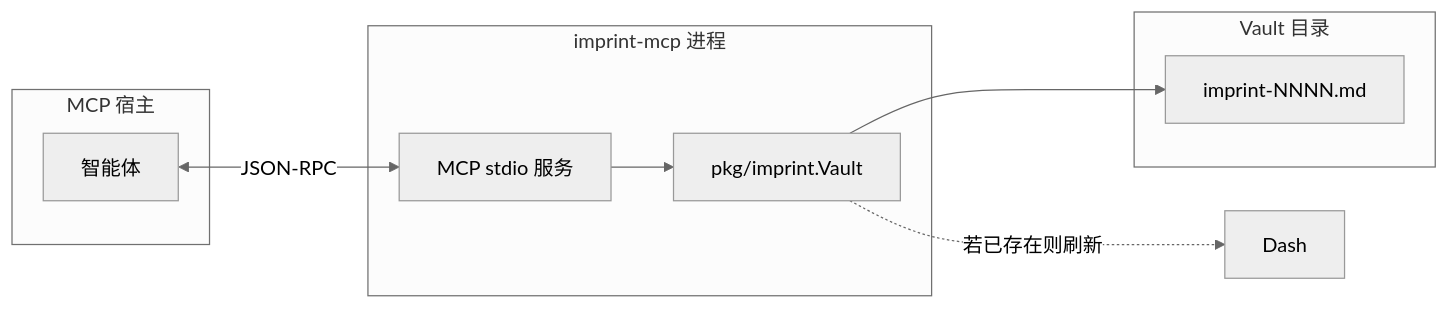
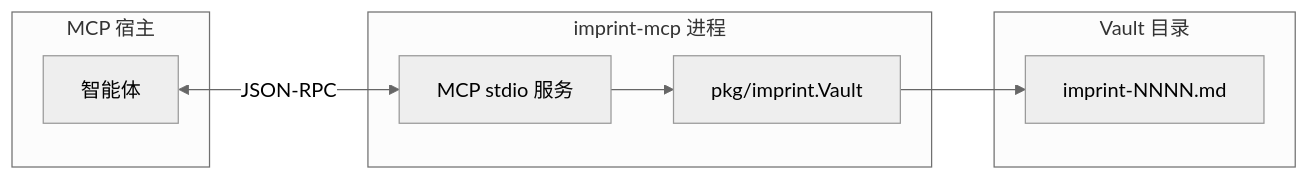
Before and after one commit to SteamedBread2333/imprint: the diagram in docs/mcp.zh.md, drawn with Mermaid (neutral theme). The commit also changed other lines of this file and 24 other files, not shown here.

````diff
--- a/docs/mcp.zh.md
+++ b/docs/mcp.zh.md
@@ -10,17 +10,16 @@
 ```mermaid
 flowchart LR
   subgraph host [MCP 宿主]
     Agent[智能体]
   end
   subgraph proc [imprint-mcp 进程]
     MCP[MCP stdio 服务]
     Vault[pkg/imprint.Vault]
     MCP --> Vault
   end
   subgraph disk [Vault 目录]
     Shards[imprint-NNNN.md]
   end
   Agent <-->|JSON-RPC| MCP
   Vault --> Shards
-  Vault -.->|若已存在则刷新| Dash
 ```
````
